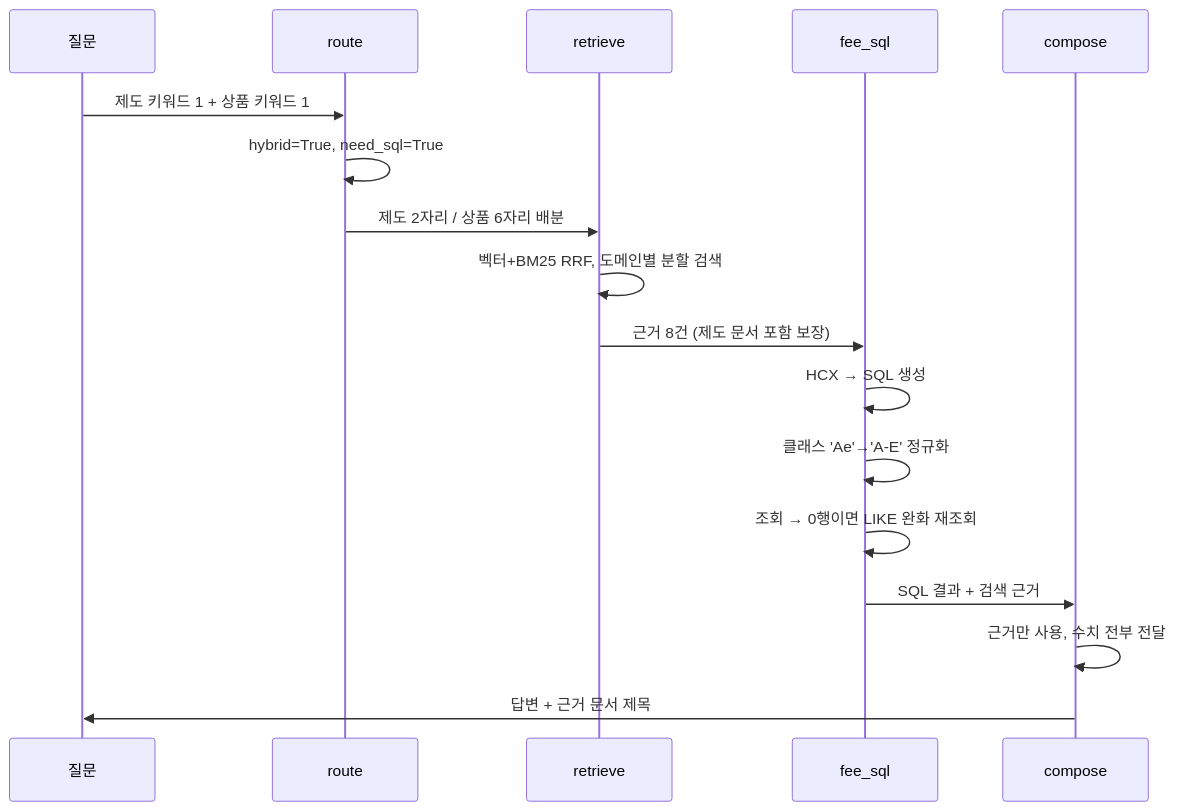
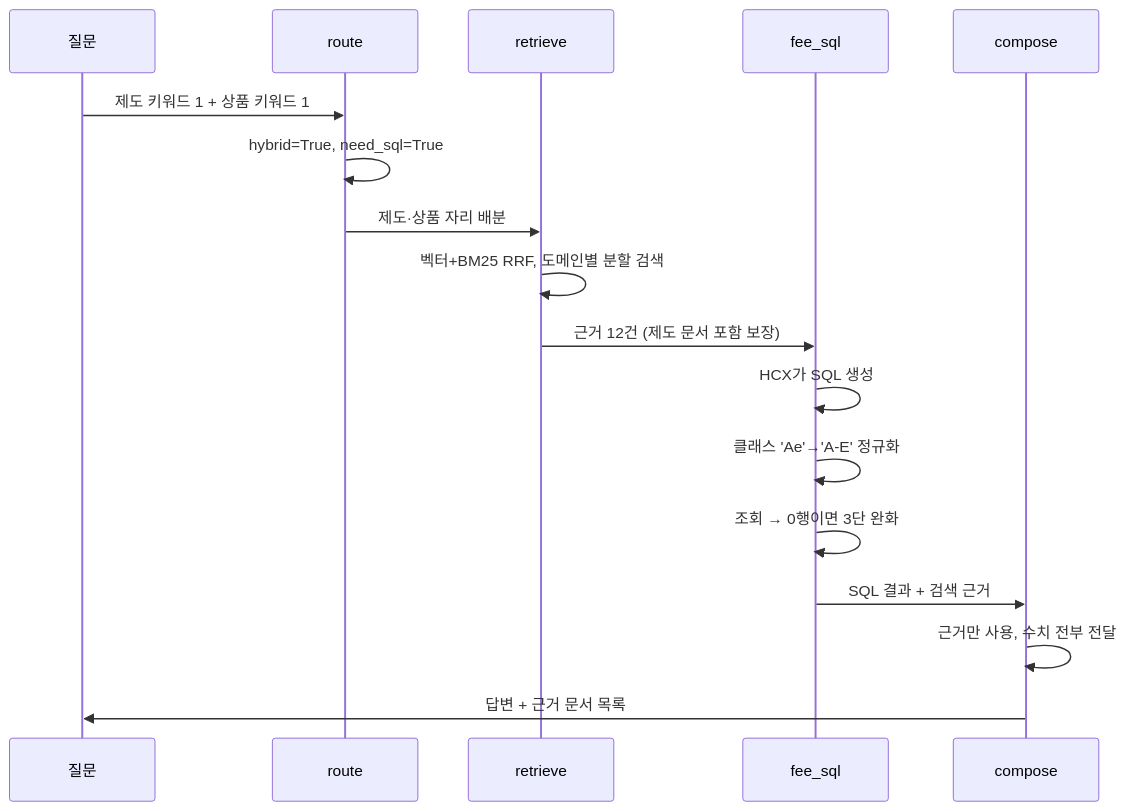
One commit to penguinnote/Mirae_Naver_MultiAgent changed the third of 5 diagrams in 기술제안서.md. Above: the diagram before and after it, drawn with Mermaid. The commit also changed other lines of this file and 2 other files, not shown here.

````diff
--- a/기술제안서.md
+++ b/기술제안서.md
@@ -312,20 +310,20 @@
 ```mermaid
 sequenceDiagram
     participant U as 질문
     participant R as route
     participant S as retrieve
     participant F as fee_sql
     participant C as compose
 
     U->>R: 제도 키워드 1 + 상품 키워드 1
     R->>R: hybrid=True, need_sql=True
-    R->>S: 제도 2자리 / 상품 6자리 배분
+    R->>S: 제도·상품 자리 배분
     S->>S: 벡터+BM25 RRF, 도메인별 분할 검색
-    S->>F: 근거 8건 (제도 문서 포함 보장)
-    F->>F: HCX → SQL 생성
+    S->>F: 근거 12건 (제도 문서 포함 보장)
+    F->>F: HCX가 SQL 생성
     F->>F: 클래스 'Ae'→'A-E' 정규화
-    F->>F: 조회 → 0행이면 LIKE 완화 재조회
+    F->>F: 조회 → 0행이면 3단 완화
     F->>C: SQL 결과 + 검색 근거
     C->>C: 근거만 사용, 수치 전부 전달
-    C->>U: 답변 + 근거 문서 제목
+    C->>U: 답변 + 근거 문서 목록
 ```
````
